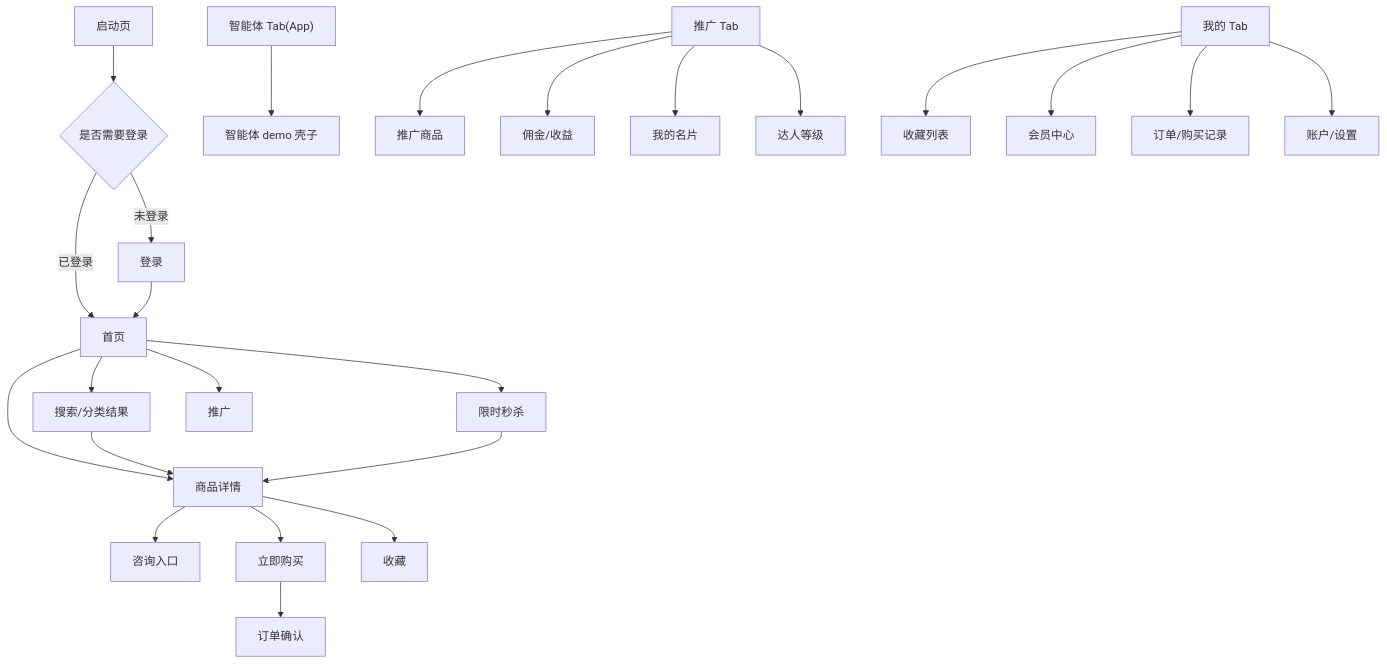
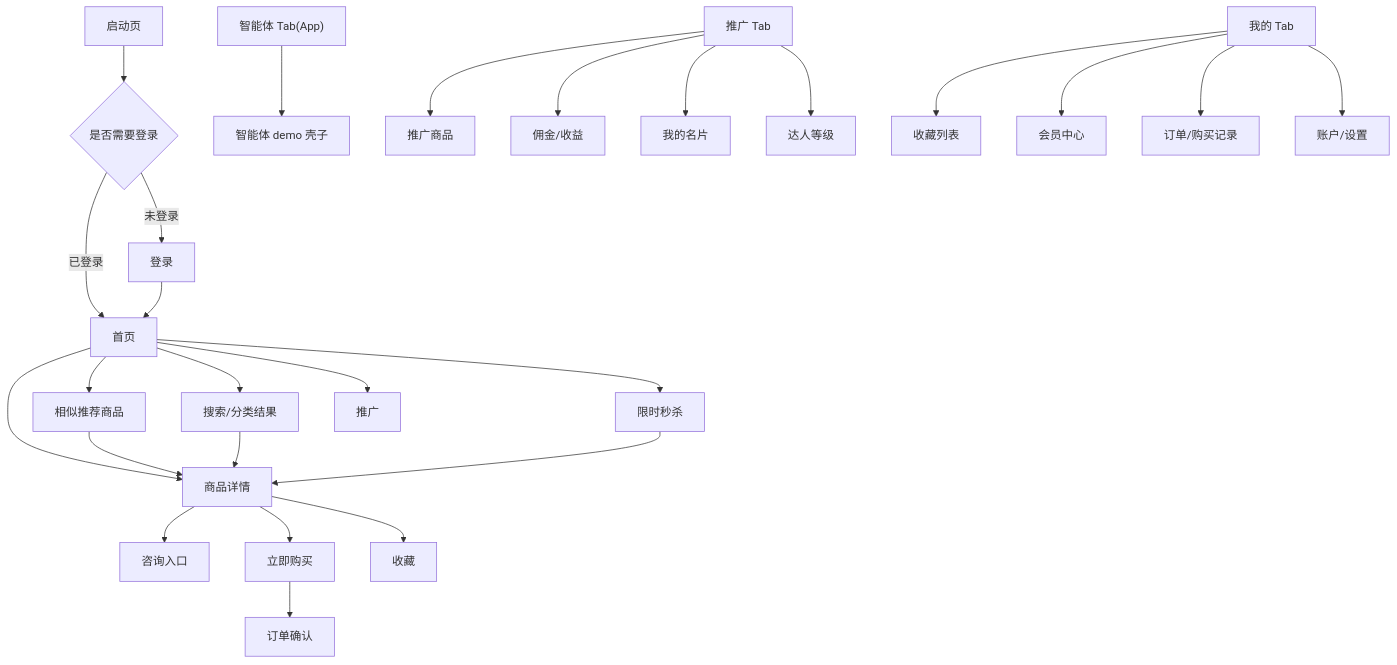
The diagram in .ai-workspace/product/page-inventory.md (Tycalwayslove/meu-mall-root), drawn with Mermaid before and after one commit. The commit also changed other lines of this file and 25 other files, not shown here.

````diff
--- a/.ai-workspace/product/page-inventory.md
+++ b/.ai-workspace/product/page-inventory.md
@@ -105,30 +172,32 @@
 ```mermaid
 flowchart TD
   Splash["启动页"] --> Login{"是否需要登录"}
   Login -->|已登录| Home["首页"]
   Login -->|未登录| Auth["登录"]
   Auth --> Home
 
   Home --> Search["搜索/分类结果"]
+  Home --> RecommendProducts["相似推荐商品"]
   Home --> Seckill["限时秒杀"]
   Home --> Promotion["推广"]
   Home --> Product["商品详情"]
+  RecommendProducts --> Product
   Search --> Product
   Seckill --> Product
 
   Product --> Consult["咨询入口"]
   Product --> Buy["立即购买"]
   Product --> Favorite["收藏"]
   Buy --> Confirm["订单确认"]
 
   TabAi["智能体 Tab(App)"] --> AgentDemo["智能体 demo 壳子"]
   TabPromotion["推广 Tab"] --> PromotionProducts["推广商品"]
   TabPromotion --> Commission["佣金/收益"]
   TabPromotion --> Card["我的名片"]
   TabPromotion --> Level["达人等级"]
 
   Mine["我的 Tab"] --> FavoriteList["收藏列表"]
   Mine --> Member["会员中心"]
   Mine --> Orders["订单/购买记录"]
   Mine --> Settings["账户/设置"]
 ```
````
